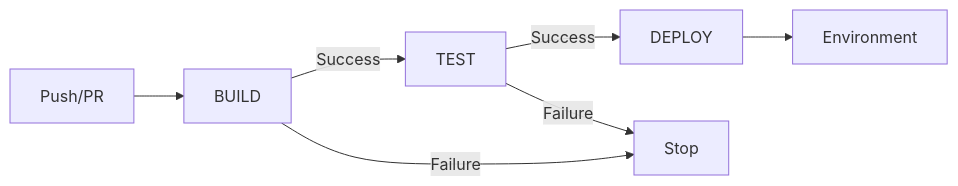
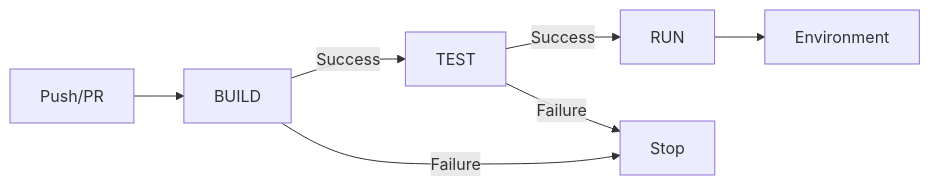
One commit to Celtikill/static-site changed the first of 2 diagrams in docs/architecture/workflows.md. Above: the diagram before and after it, drawn with Mermaid. The commit also changed other lines of this file and 5 other files, not shown here.

````diff
--- a/docs/architecture/workflows.md
+++ b/docs/architecture/workflows.md
@@ -129,10 +129,10 @@
 ```mermaid
 graph LR
     A[Push/PR] --> B[BUILD]
     B --> |Success| C[TEST] 
-    C --> |Success| D[DEPLOY]
+    C --> |Success| D[RUN]
     D --> E[Environment]
     
     B --> |Failure| F[Stop]
     C --> |Failure| F
 ```
````
